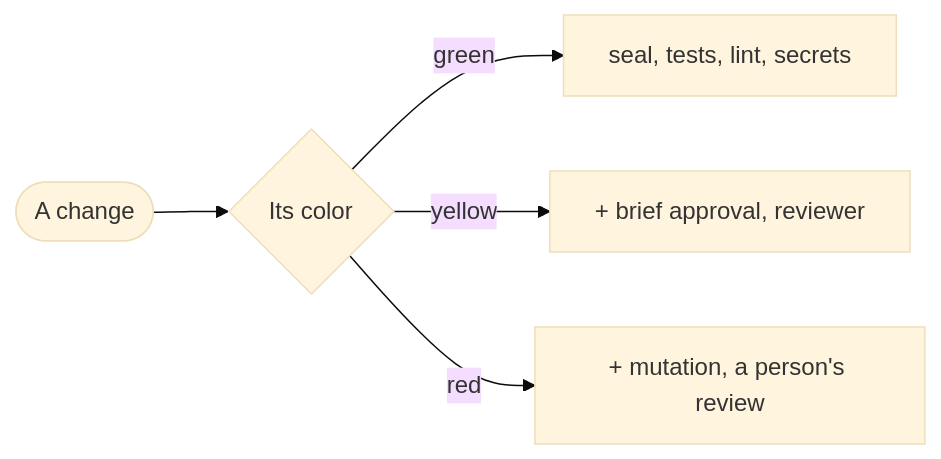
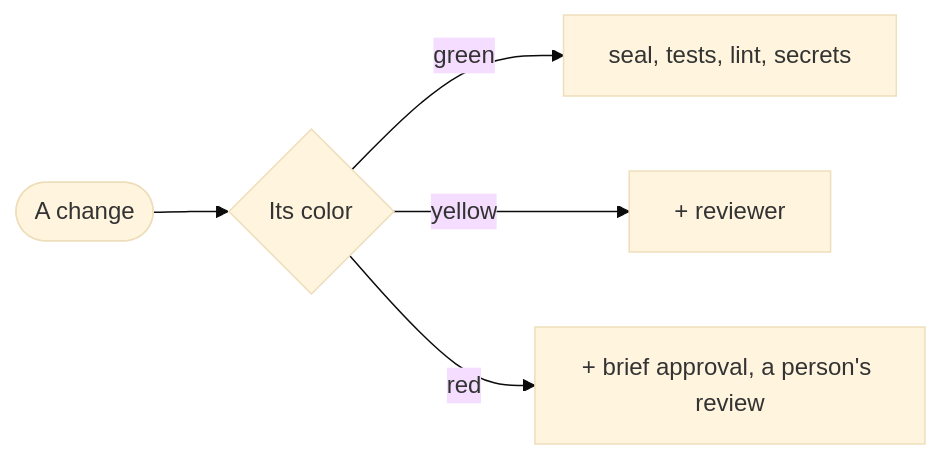
Before and after one commit to MarsGotta/gdd: the diagram in skills/gdd-prepare/assets/blueprint.md, drawn with Mermaid (base theme). The commit also changed other lines of this file and 53 other files, not shown here.

````diff
--- a/skills/gdd-prepare/assets/blueprint.md
+++ b/skills/gdd-prepare/assets/blueprint.md
@@ -83,7 +107,7 @@
 ```mermaid
 flowchart LR
   change([A change]) --> color{Its color}
   color -->|green| green[seal, tests, lint, secrets]
-  color -->|yellow| yellow[+ brief approval, reviewer]
-  color -->|red| red[+ mutation, a person's review]
+  color -->|yellow| yellow[+ reviewer]
+  color -->|red| red[+ brief approval, a person's review]
 ```
````
